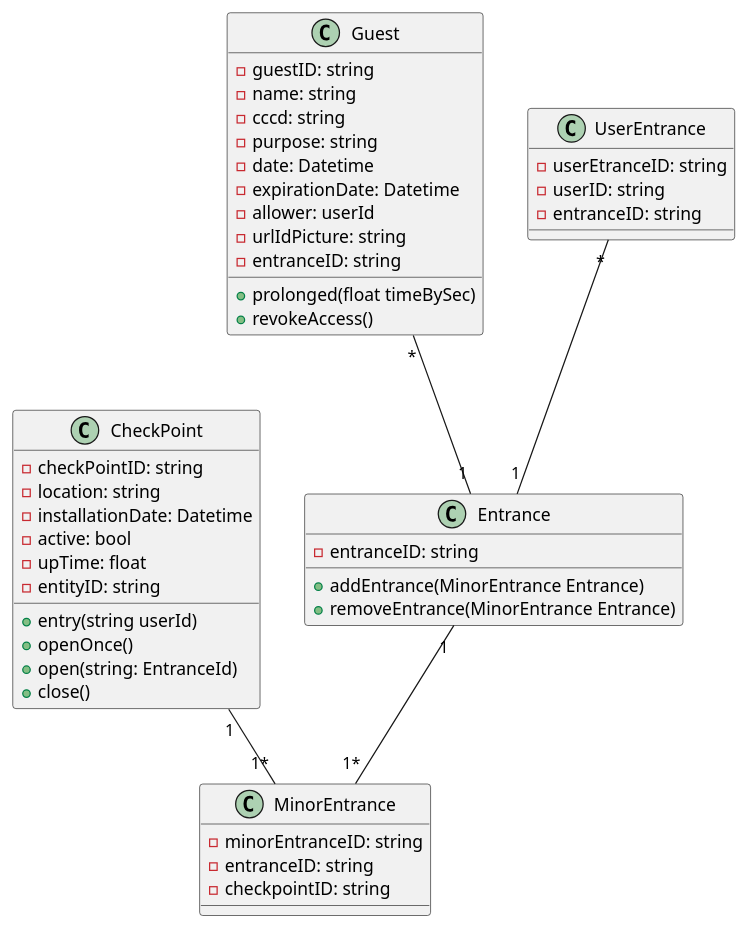
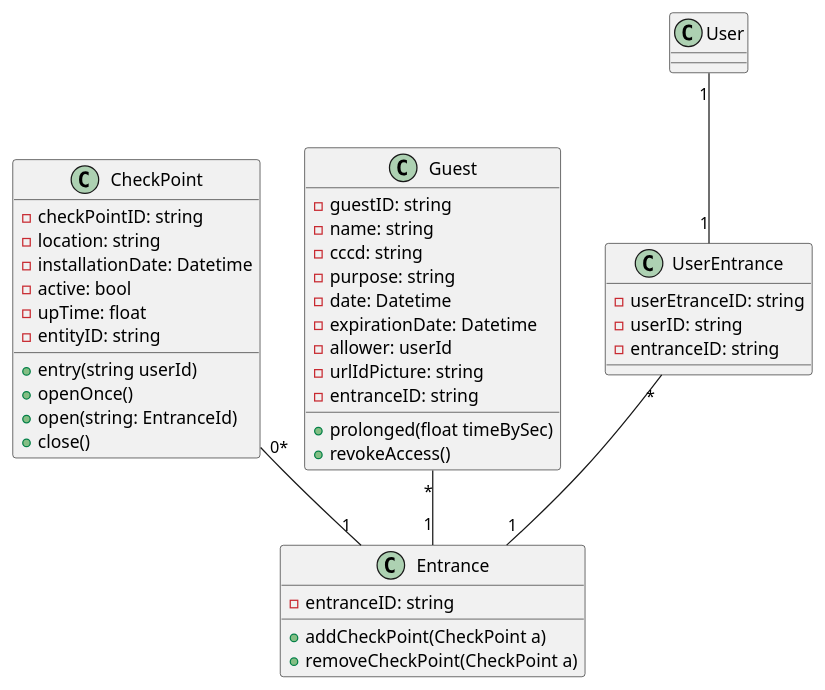
The diagram in Lab1/Lab1.2/Class Diagram/Quản lý ra vào.puml (QuickyBooster/SE357-Pratice-class), drawn with PlantUML before and after one commit. The commit also changed 11 other files, not shown here.

```diff
--- a/Lab1/Lab1.2/Class Diagram/Quản lý ra vào.puml
+++ b/Lab1/Lab1.2/Class Diagram/Quản lý ra vào.puml
@@ -1,47 +1,44 @@
 @startuml
 class CheckPoint{
     - checkPointID: string
     - location: string
     - installationDate: Datetime
     - active: bool
     - upTime: float
     - entityID: string
     + entry(string userId)
     + openOnce()
     + open(string: EntranceId)
     + close()
 }
 class Guest{
     - guestID: string
     - name: string
     - cccd: string
     - purpose: string
     - date: Datetime
     - expirationDate: Datetime
     - allower: userId
     - urlIdPicture: string
     - entranceID: string
     + prolonged(float timeBySec)
     + revokeAccess()
 }
 class Entrance{
     - entranceID: string
-    + addEntrance(MinorEntrance Entrance)
-    + removeEntrance(MinorEntrance Entrance)
+    + addCheckPoint(CheckPoint a)
+    + removeCheckPoint(CheckPoint a)
 }
-class MinorEntrance{
-    - minorEntranceID: string
-    - entranceID: string
-    - checkpointID: string
-}
+
 class UserEntrance{
     - userEtranceID: string
     - userID: string
     - entranceID: string
 }
-Entrance "1"--"1*" MinorEntrance
-CheckPoint "1"--"1*" MinorEntrance
+
+CheckPoint "0*"--"1" Entrance
 Guest "*"--"1" Entrance
 UserEntrance "*"--"1" Entrance
+User "1"--"1" UserEntrance
 
 @enduml
```
